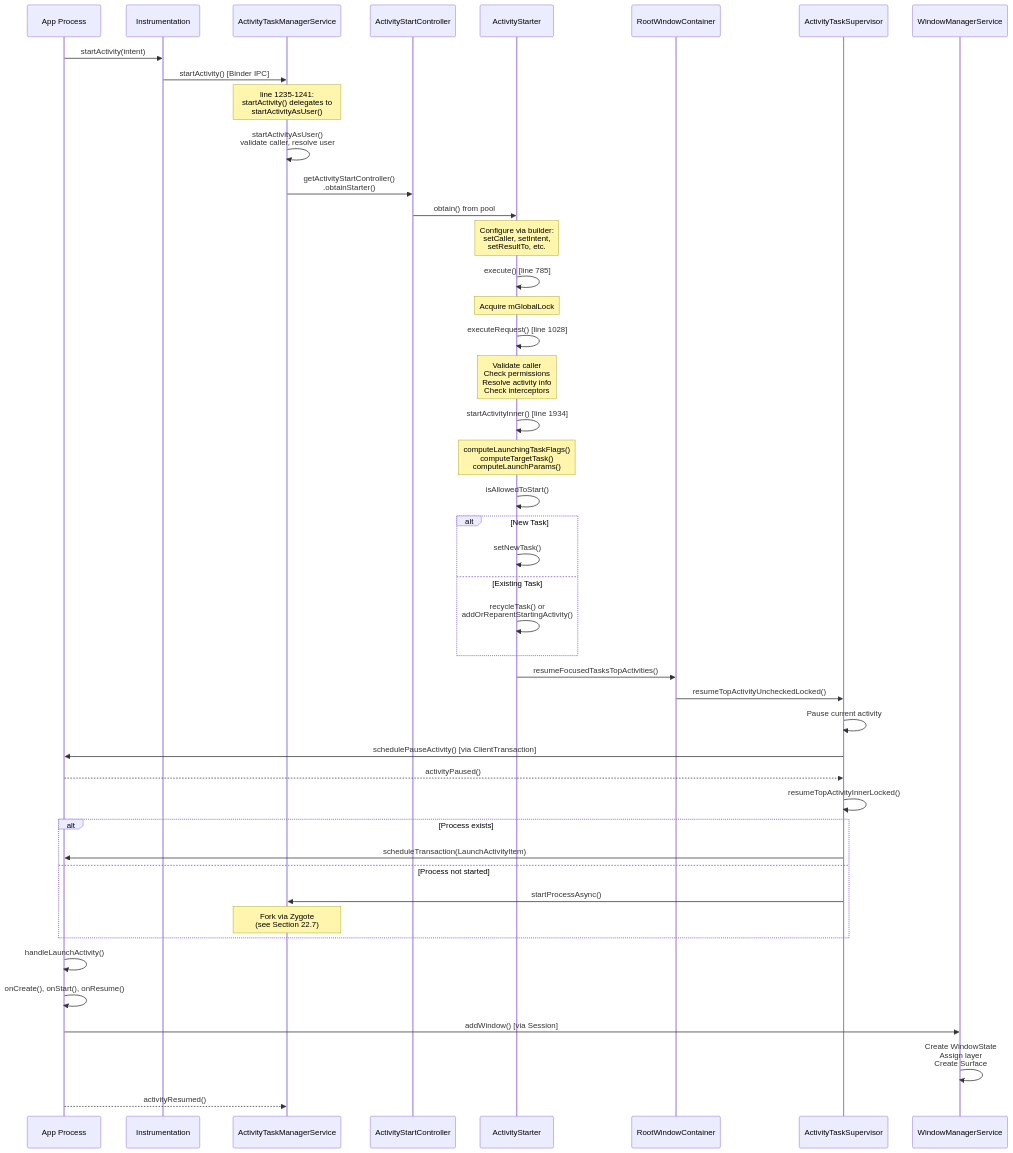
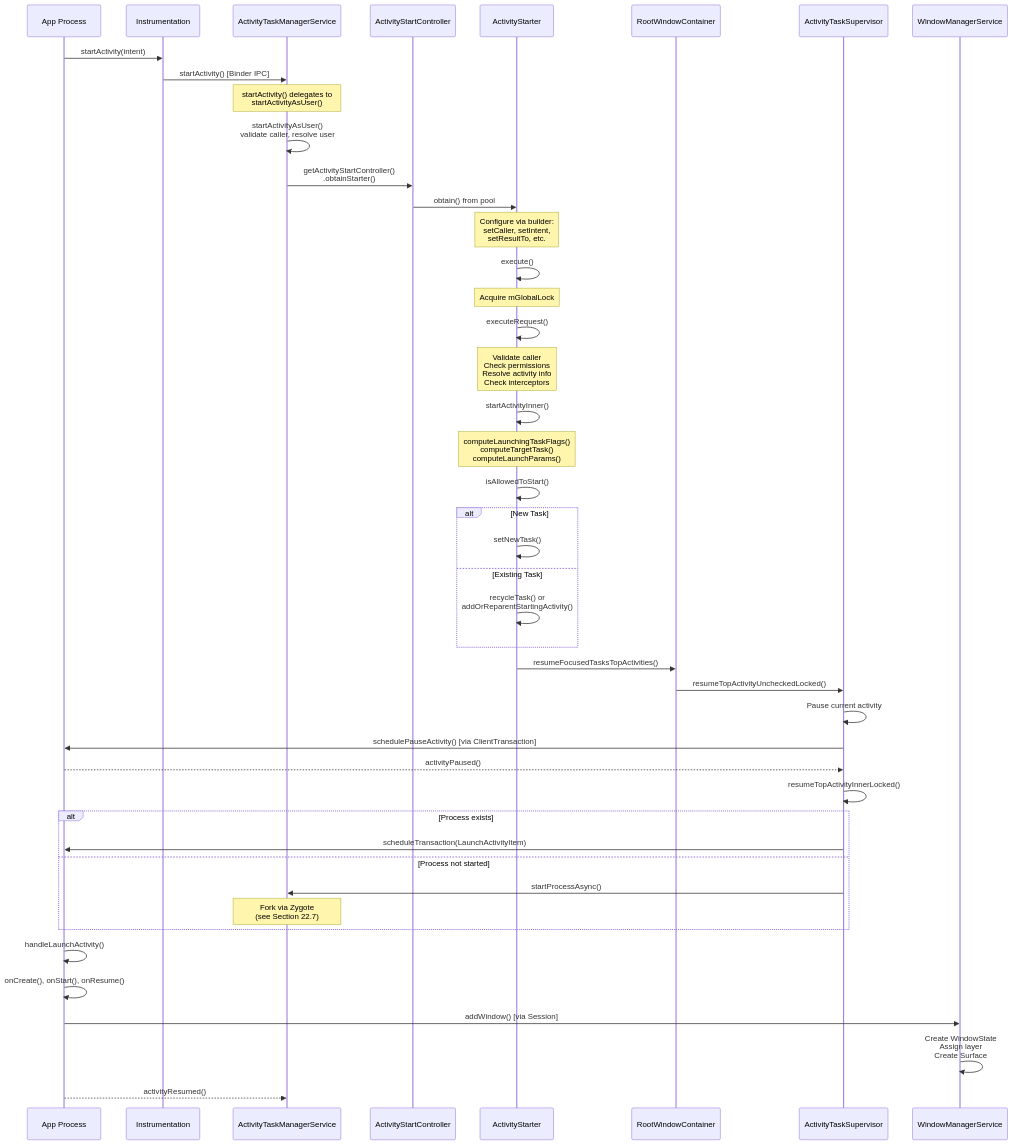
One commit to aospbooks/aosp-internal-book changed the third of 41 diagrams in 22-activity-and-window.md. Above: the diagram before and after it, drawn with Mermaid. The commit also changed other lines of this file, not shown here.

Commit message:
22-activity-and-window: drop line-number annotations from mermaid diagrams

````diff
--- a/22-activity-and-window.md
+++ b/22-activity-and-window.md
@@ -398,48 +398,48 @@
 ```mermaid
 sequenceDiagram
     participant App as App Process
     participant Inst as Instrumentation
     participant ATMS as ActivityTaskManagerService
     participant ASC as ActivityStartController
     participant AS as ActivityStarter
     participant RWC as RootWindowContainer
     participant ATS as ActivityTaskSupervisor
     participant WMS as WindowManagerService
 
     App->>Inst: startActivity(intent)
     Inst->>ATMS: startActivity() [Binder IPC]
-    Note over ATMS: line 1235-1241:<br/>startActivity() delegates to<br/>startActivityAsUser()
+    Note over ATMS: startActivity() delegates to<br/>startActivityAsUser()
     ATMS->>ATMS: startActivityAsUser()<br/>validate caller, resolve user
     ATMS->>ASC: getActivityStartController()<br/>.obtainStarter()
     ASC->>AS: obtain() from pool
     Note over AS: Configure via builder:<br/>setCaller, setIntent,<br/>setResultTo, etc.
-    AS->>AS: execute() [line 785]
+    AS->>AS: execute()
     Note over AS: Acquire mGlobalLock
-    AS->>AS: executeRequest() [line 1028]
+    AS->>AS: executeRequest()
     Note over AS: Validate caller<br/>Check permissions<br/>Resolve activity info<br/>Check interceptors
-    AS->>AS: startActivityInner() [line 1934]
+    AS->>AS: startActivityInner()
     Note over AS: computeLaunchingTaskFlags()<br/>computeTargetTask()<br/>computeLaunchParams()
     AS->>AS: isAllowedToStart()
     alt New Task
         AS->>AS: setNewTask()
     else Existing Task
         AS->>AS: recycleTask() or<br/>addOrReparentStartingActivity()
     end
     AS->>RWC: resumeFocusedTasksTopActivities()
     RWC->>ATS: resumeTopActivityUncheckedLocked()
     ATS->>ATS: Pause current activity
     ATS->>App: schedulePauseActivity() [via ClientTransaction]
     App-->>ATS: activityPaused()
     ATS->>ATS: resumeTopActivityInnerLocked()
     alt Process exists
         ATS->>App: scheduleTransaction(LaunchActivityItem)
     else Process not started
         ATS->>ATMS: startProcessAsync()
         Note over ATMS: Fork via Zygote<br/>(see Section 22.7)
     end
     App->>App: handleLaunchActivity()
     App->>App: onCreate(), onStart(), onResume()
     App->>WMS: addWindow() [via Session]
     WMS->>WMS: Create WindowState<br/>Assign layer<br/>Create Surface
     App-->>ATMS: activityResumed()
 ```
````
